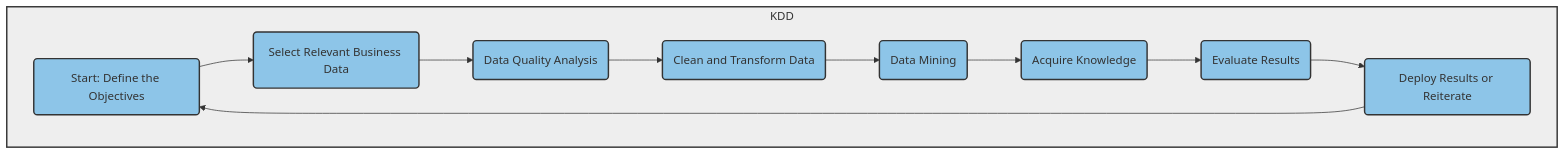
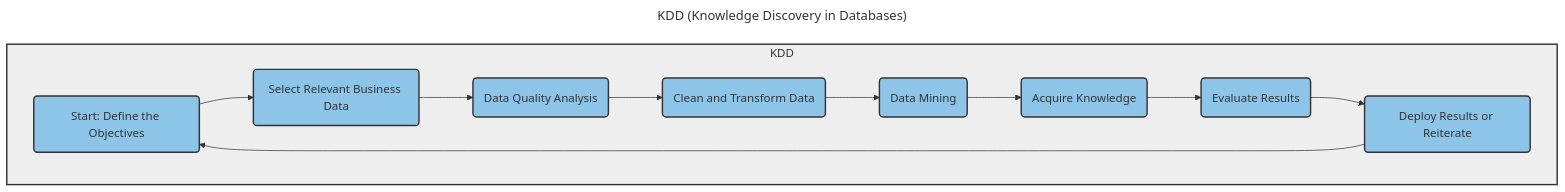
The third of 6 diagrams in srcsite/03_workflow/034_workflow_management_concepts.md (imarranz/data-science-workflow-management), drawn with Mermaid before and after one commit. The commit also changed other lines of this file and 1 other file, not shown here.

````diff
--- a/srcsite/03_workflow/034_workflow_management_concepts.md
+++ b/srcsite/03_workflow/034_workflow_management_concepts.md
@@ -106,30 +113,33 @@
 ```mermaid
+---
+title: KDD (Knowledge Discovery in Databases)
+---
 graph TD
     subgraph KDD
         style KDD fill:#EEEEEE, stroke:#333, stroke-width:2px
 
         A(Start: Define the Objectives)
         B(Select Relevant Business Data)
         C(Data Quality Analysis)
         D(Clean and Transform Data)
         E(Data Mining)
         F(Acquire Knowledge)
         G(Evaluate Results)
         H(Deploy Results or Reiterate)
 
         A --> B
         B --> C
         C --> D
         D --> E
         E --> F
         F --> G
         G --> H
 
         H --> A
 
         classDef miestilo fill:#8dc5e8,stroke:#333,stroke-width:2px
         class A,B,C,D,E,F,G,H miestilo
 
     end
 
 ```
````
